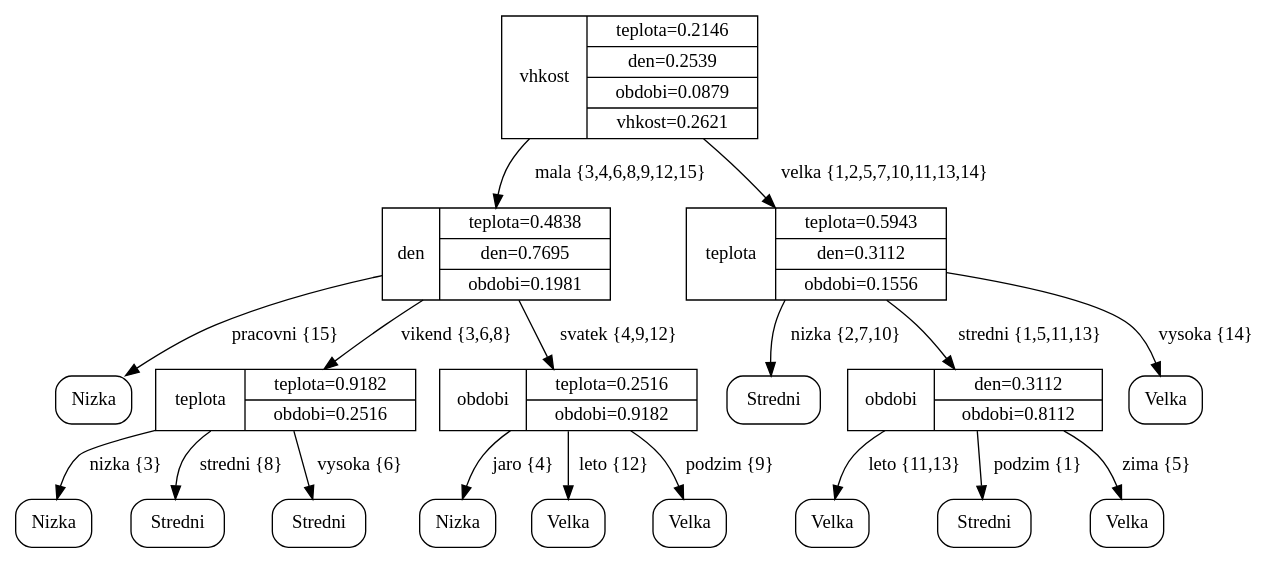
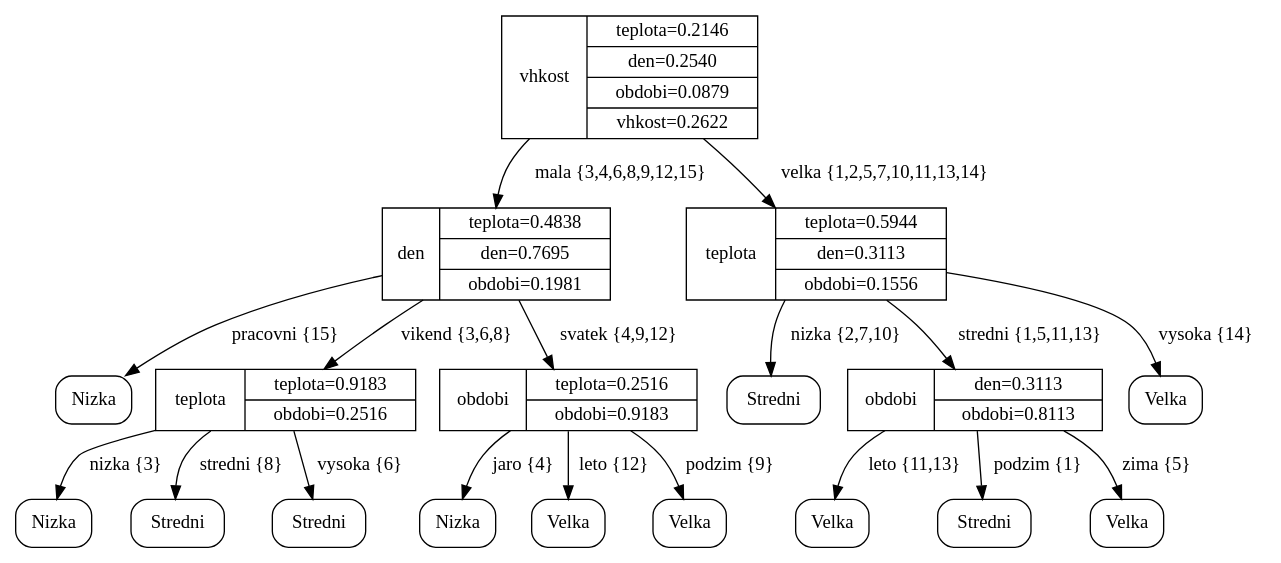
One commit to GargiMan/izu changed the diagram in proj3/xgerge01.dot. Above: the diagram before and after it, drawn with Graphviz. The commit also changed 2 other files, not shown here.

```diff
--- a/proj3/xgerge01.dot
+++ b/proj3/xgerge01.dot
@@ -1,37 +1,37 @@
 digraph {
-    vhkost1 [shape=record, label="vhkost|{teplota=0.2146|den=0.2539|obdobi=0.0879|vhkost=0.2621}"]
+    vhkost1 [shape=record, label="vhkost|{teplota=0.2146|den=0.2540|obdobi=0.0879|vhkost=0.2622}"]
     vhkost1 -> den2 [label="mala {3,4,6,8,9,12,15}"]
     den2 [shape=record, label="den|{teplota=0.4838|den=0.7695|obdobi=0.1981}"]
     den2 -> Nizka3 [label="pracovni {15}"]
     Nizka3 [shape=box, style=rounded, label="Nizka"]
     den2 -> teplota4 [label="vikend {3,6,8}"]
-    teplota4 [shape=record, label="teplota|{teplota=0.9182|obdobi=0.2516}"]
+    teplota4 [shape=record, label="teplota|{teplota=0.9183|obdobi=0.2516}"]
     teplota4 -> Nizka5 [label="nizka {3}"]
     Nizka5 [shape=box, style=rounded, label="Nizka"]
     teplota4 -> Stredni6 [label="stredni {8}"]
     Stredni6 [shape=box, style=rounded, label="Stredni"]
     teplota4 -> Stredni7 [label="vysoka {6}"]
     Stredni7 [shape=box, style=rounded, label="Stredni"]
     den2 -> obdobi8 [label="svatek {4,9,12}"]
-    obdobi8 [shape=record, label="obdobi|{teplota=0.2516|obdobi=0.9182}"]
+    obdobi8 [shape=record, label="obdobi|{teplota=0.2516|obdobi=0.9183}"]
     obdobi8 -> Nizka9 [label="jaro {4}"]
     Nizka9 [shape=box, style=rounded, label="Nizka"]
     obdobi8 -> Velka10 [label="leto {12}"]
     Velka10 [shape=box, style=rounded, label="Velka"]
     obdobi8 -> Velka11 [label="podzim {9}"]
     Velka11 [shape=box, style=rounded, label="Velka"]
     vhkost1 -> teplota12 [label="velka {1,2,5,7,10,11,13,14}"]
-    teplota12 [shape=record, label="teplota|{teplota=0.5943|den=0.3112|obdobi=0.1556}"]
+    teplota12 [shape=record, label="teplota|{teplota=0.5944|den=0.3113|obdobi=0.1556}"]
     teplota12 -> Stredni13 [label="nizka {2,7,10}"]
     Stredni13 [shape=box, style=rounded, label="Stredni"]
     teplota12 -> obdobi14 [label="stredni {1,5,11,13}"]
-    obdobi14 [shape=record, label="obdobi|{den=0.3112|obdobi=0.8112}"]
+    obdobi14 [shape=record, label="obdobi|{den=0.3113|obdobi=0.8113}"]
     obdobi14 -> Velka15 [label="leto {11,13}"]
     Velka15 [shape=box, style=rounded, label="Velka"]
     obdobi14 -> Stredni16 [label="podzim {1}"]
     Stredni16 [shape=box, style=rounded, label="Stredni"]
     obdobi14 -> Velka17 [label="zima {5}"]
     Velka17 [shape=box, style=rounded, label="Velka"]
     teplota12 -> Velka18 [label="vysoka {14}"]
     Velka18 [shape=box, style=rounded, label="Velka"]
 }
```
